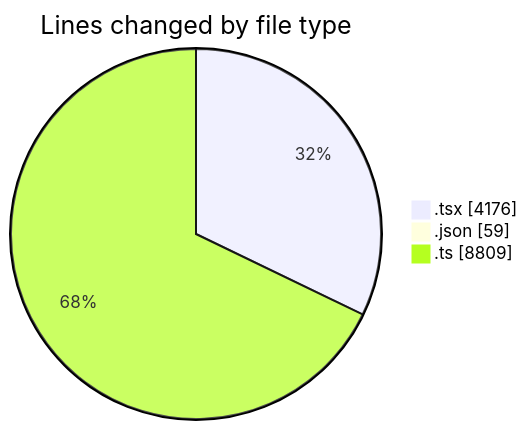
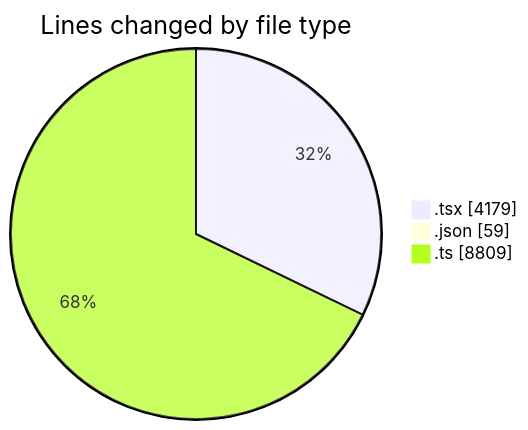
One commit to momahboobian/code-tracking changed the first of 2 diagrams in 2025-11-24/cda/README.md. Above: the diagram before and after it, drawn with Mermaid. The commit also changed other lines of this file and 1 other file, not shown here.

````diff
--- a/2025-11-24/cda/README.md
+++ b/2025-11-24/cda/README.md
@@ -34,7 +34,7 @@
 ```mermaid
 pie showData
 title Lines changed by file type
-".tsx" : 4176
+".tsx" : 4179
 ".json" : 59
 ".ts" : 8809
 ```
````
